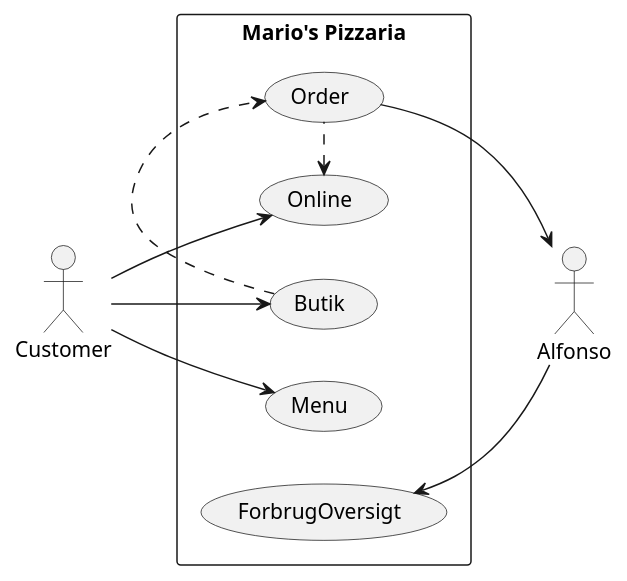
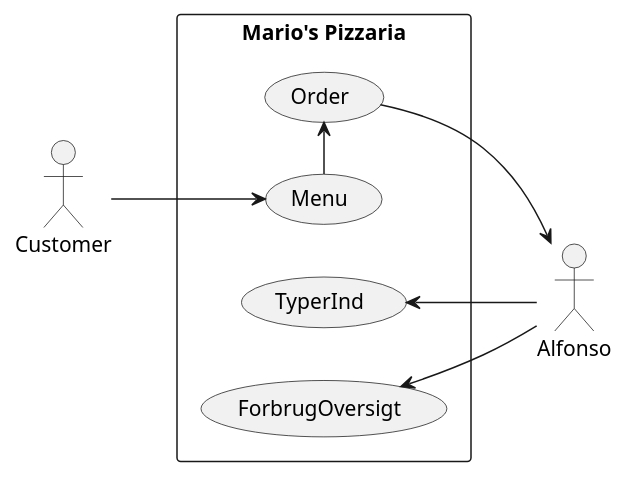
One commit to Mfknudsen/SP3_Mario changed the diagram in Mario/src/puml/uml.puml. Above: the diagram before and after it, drawn with PlantUML. The commit also changed 2 other files, not shown here.

```diff
--- a/Mario/src/puml/uml.puml
+++ b/Mario/src/puml/uml.puml
@@ -1,17 +1,14 @@
 @startuml
 left to right direction
 skinparam packageStyle rectangle
 actor Customer
 actor Alfonso
 
 rectangle "Mario's Pizzaria"{
+  (TyperInd) <--Alfonso
   Customer --> (Menu)
-  Customer --> (Butik)
-  (Online) <. (Order)
-  (Butik) .> (Order)
-  Customer --> (Online)
-
+  (Menu) -> (Order)
   (Order) --> Alfonso
   (ForbrugOversigt) <-- Alfonso
 }
 @enduml
```
